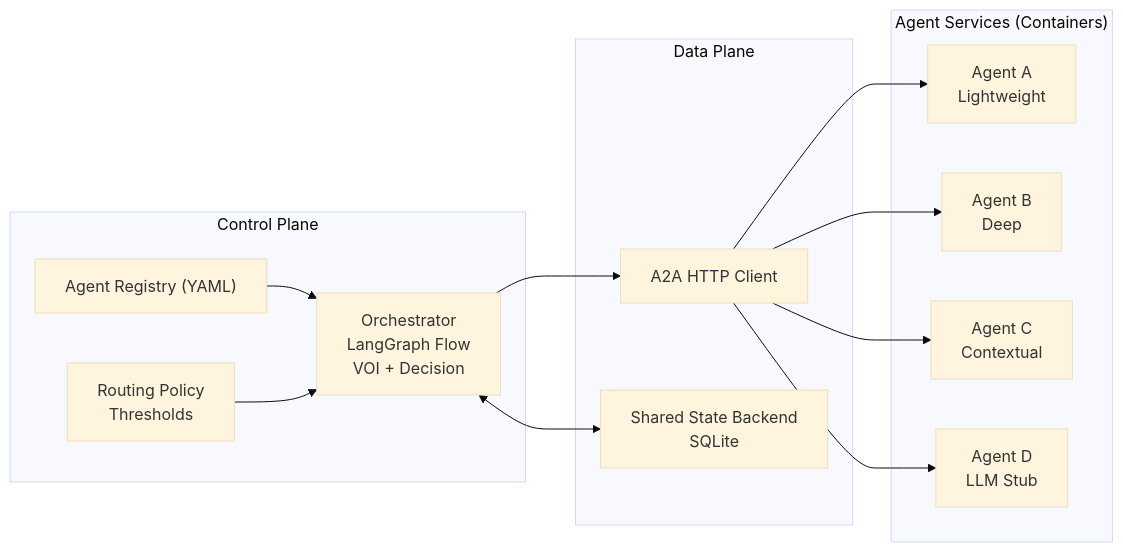
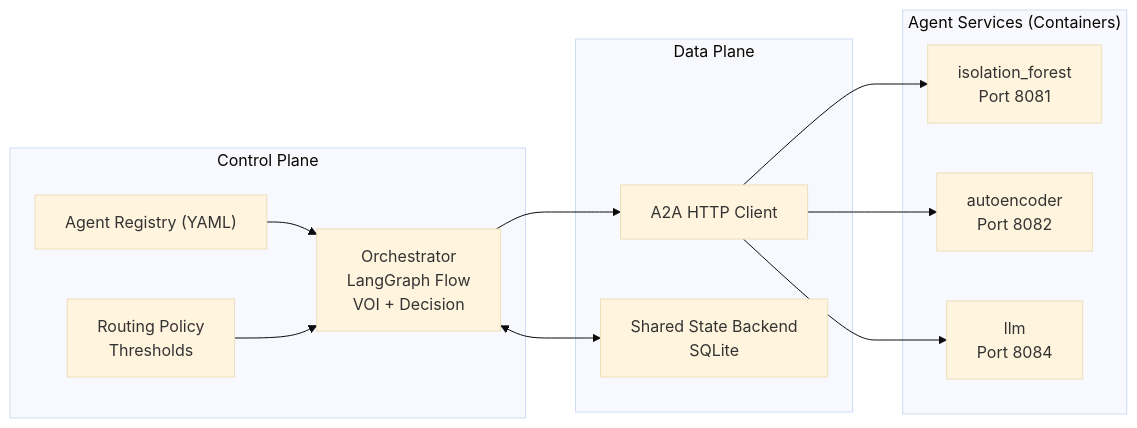
One commit to jasonwvh/bao changed the diagram in README.md. Above: the diagram before and after it, drawn with Mermaid (base theme). The commit also changed other lines of this file and 100 other files, not shown here.

````diff
--- a/README.md
+++ b/README.md
@@ -14,29 +14,27 @@
 ```mermaid
 flowchart LR
   subgraph ControlPlane["Control Plane"]
     REG["Agent Registry (YAML)"]
     ORCH["Orchestrator\nLangGraph Flow\nVOI + Decision"]
     POL["Routing Policy\nThresholds"]
   end
 
   subgraph DataPlane["Data Plane"]
     A2A["A2A HTTP Client"]
     STATE["Shared State Backend\nSQLite"]
   end
 
   subgraph Agents["Agent Services (Containers)"]
-    A["Agent A\nLightweight"]
-    B["Agent B\nDeep"]
-    C["Agent C\nContextual"]
-    D["Agent D\nLLM Stub"]
+    IF["isolation_forest\nPort 8081"]
+    AE["autoencoder\nPort 8082"]
+    LLM["llm\nPort 8084"]
   end
 
   REG --> ORCH
   POL --> ORCH
   ORCH --> A2A
-  A2A --> A
-  A2A --> B
-  A2A --> C
-  A2A --> D
+  A2A --> IF
+  A2A --> AE
+  A2A --> LLM
   ORCH <--> STATE
 ```
````
